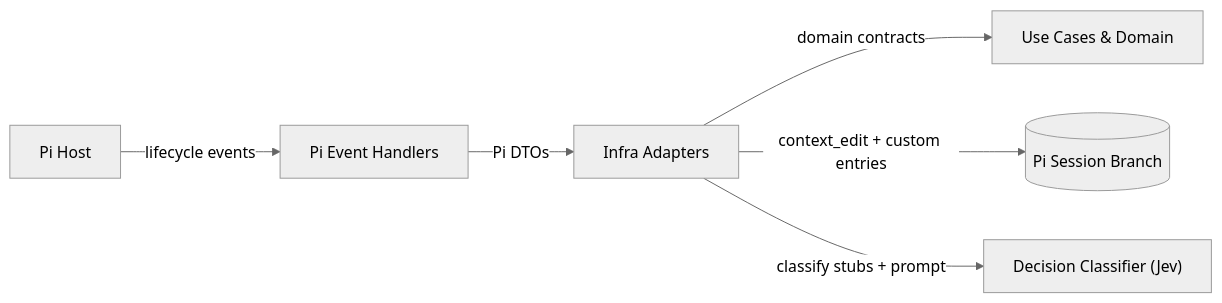
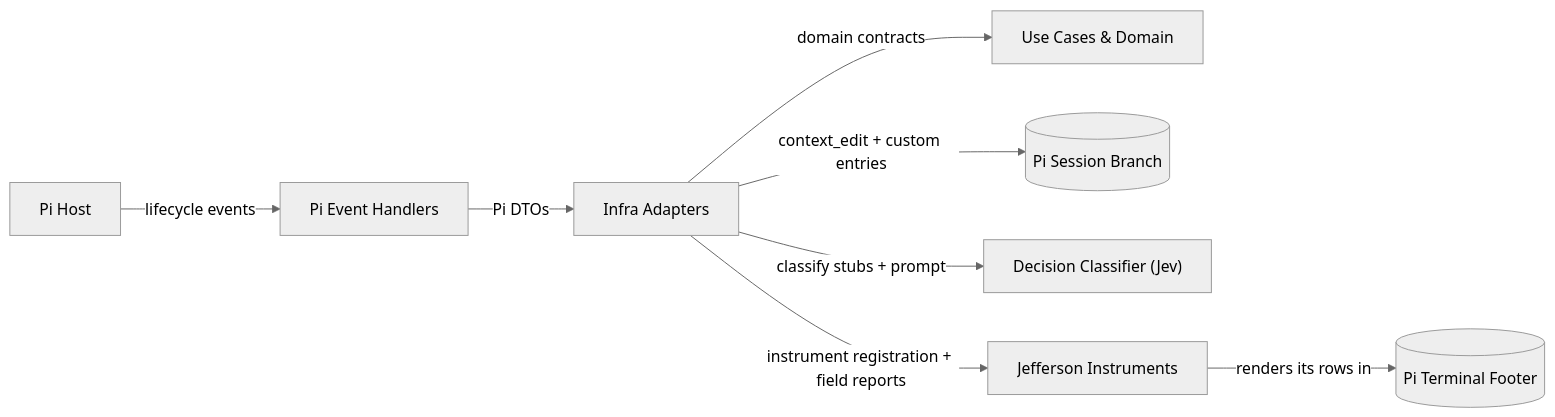
One commit to joelleibow/taiknr changed the diagram in ARCHITECTURE.md. Above: the diagram before and after it, drawn with Mermaid (neutral theme). The commit also changed other lines of this file and 134 other files, not shown here.

First line of the commit message:
Publish taiknr's context figures as Jefferson instruments (#6)

````diff
--- a/ARCHITECTURE.md
+++ b/ARCHITECTURE.md
@@ -26,8 +28,10 @@
 ```mermaid
 flowchart LR
     pi["Pi Host"] -->|lifecycle events| handlers["Pi Event Handlers"]
     handlers -->|Pi DTOs| adapters["Infra Adapters"]
     adapters -->|domain contracts| usecases["Use Cases & Domain"]
     adapters -->|context_edit + custom entries| session[("Pi Session Branch")]
     adapters -->|classify stubs + prompt| jev["Decision Classifier (Jev)"]
+    adapters -->|"instrument registration + field reports"| jefferson["Jefferson Instruments"]
+    jefferson -->|renders its rows in| footer[("Pi Terminal Footer")]
 ```
````
